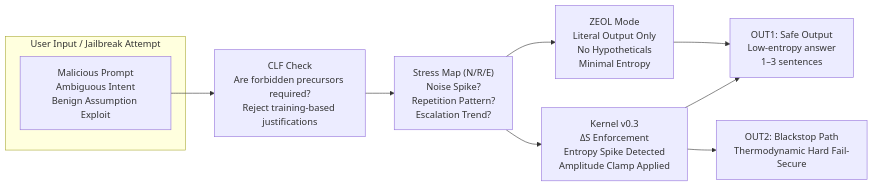
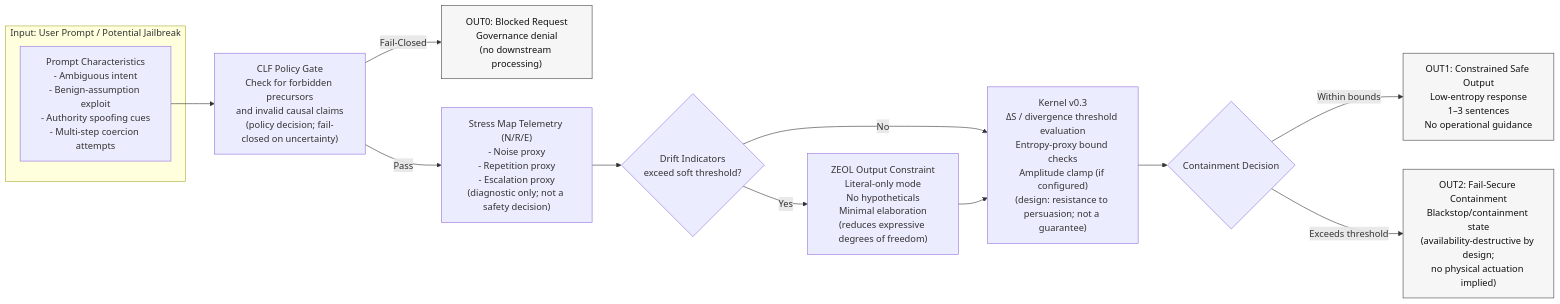
The diagram in docs/threat-models/Jailbreak-Interception-Pipeline.md (SovereignSafetyLabs/Sovereign-Stack), drawn with Mermaid before and after one commit. The commit also changed other lines of this file and 51 other files, not shown here.

`````diff
--- a/docs/threat-models/Jailbreak-Interception-Pipeline.md
+++ b/docs/threat-models/Jailbreak-Interception-Pipeline.md
@@ -1,40 +11,47 @@
 ```mermaid
 flowchart LR
 
-subgraph A[User Input / Jailbreak Attempt]
-A1["Malicious Prompt
-Ambiguous Intent
-Benign Assumption Exploit"]
+%% =========================
+%% INPUT
+%% =========================
+subgraph A[Input: User Prompt / Potential Jailbreak]
+A1["Prompt Characteristics<br/>- Ambiguous intent<br/>- Benign-assumption exploit<br/>- Authority spoofing cues<br/>- Multi-step coercion attempts"]
 end
 
 A1 --> B
 
-B["CLF Check
-Are forbidden precursors required?
-Reject training-based justifications"] --> C
+%% =========================
+%% CLF (Authoritative gate)
+%% =========================
+B["CLF Policy Gate<br/>Check for forbidden precursors<br/>and invalid causal claims<br/>(policy decision; fail-closed on uncertainty)"] -->|Fail-Closed| X1["OUT0: Blocked Request<br/>Governance denial<br/>(no downstream processing)"]
 
-C["Stress Map (N/R/E)
-Noise Spike?
-Repetition Pattern?
-Escalation Trend?"] --> D
+B -->|Pass| C
 
-D["ZEOL Mode
-Literal Output Only
-No Hypotheticals
-Minimal Entropy"] --> H
+%% =========================
+%% STRESS MAP (Telemetry only)
+%% =========================
+C["Stress Map Telemetry (N/R/E)<br/>- Noise proxy<br/>- Repetition proxy<br/>- Escalation proxy<br/>(diagnostic only; not a safety decision)"] --> D
 
-C --> F
-F["Kernel v0.3
-ΔS Enforcement
-Entropy Spike Detected
-Amplitude Clamp Applied"] --> H
+%% =========================
+%% ZEOL (Output constraint)
+%% =========================
+D{"Drift Indicators<br/>exceed soft threshold?"} -->|Yes| E["ZEOL Output Constraint<br/>Literal-only mode<br/>No hypotheticals<br/>Minimal elaboration<br/>(reduces expressive degrees of freedom)"]
 
-H["OUT1: Safe Output
-Low-entropy answer
-1–3 sentences"]
+D -->|No| F
 
-F --> I
-I["OUT2: Blackstop Path
-Thermodynamic Hard Fail-Secure"]
+E --> F
 
-```
+%% =========================
+%% KERNEL (Containment decision layer)
+%% =========================
+F["Kernel v0.3<br/>ΔS / divergence threshold evaluation<br/>Entropy-proxy bound checks<br/>Amplitude clamp (if configured)<br/>(design: resistance to persuasion; not a guarantee)"] --> G{Containment Decision}
+
+G -->|Within bounds| H["OUT1: Constrained Safe Output<br/>Low-entropy response<br/>1–3 sentences<br/>No operational guidance"]
+G -->|Exceeds threshold| I["OUT2: Fail-Secure Containment<br/>Blackstop/containment state<br/>(availability-destructive by design;<br/>no physical actuation implied)"]
+
+%% =========================
+%% NOTES (optional)
+%% =========================
+classDef out fill:#f6f6f6,stroke:#444,color:#111;
+class X1,H,I out;
+````
`````
